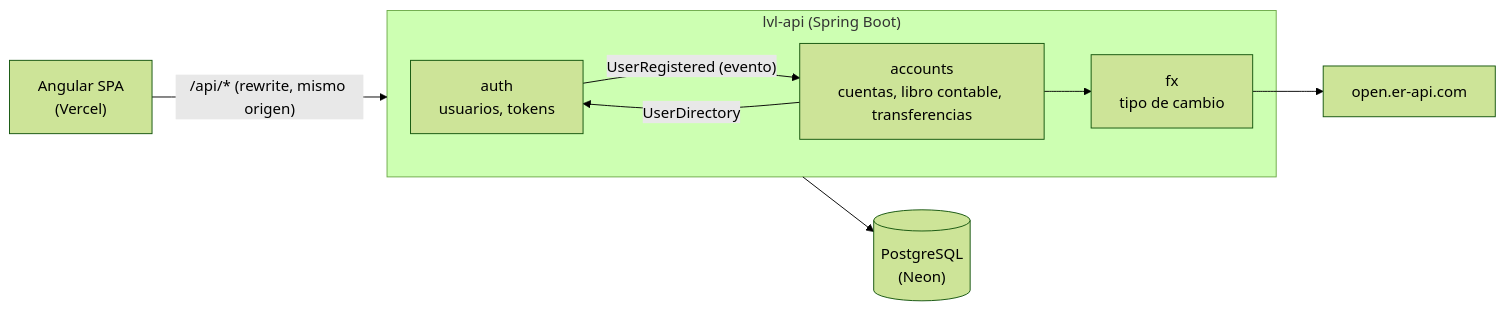
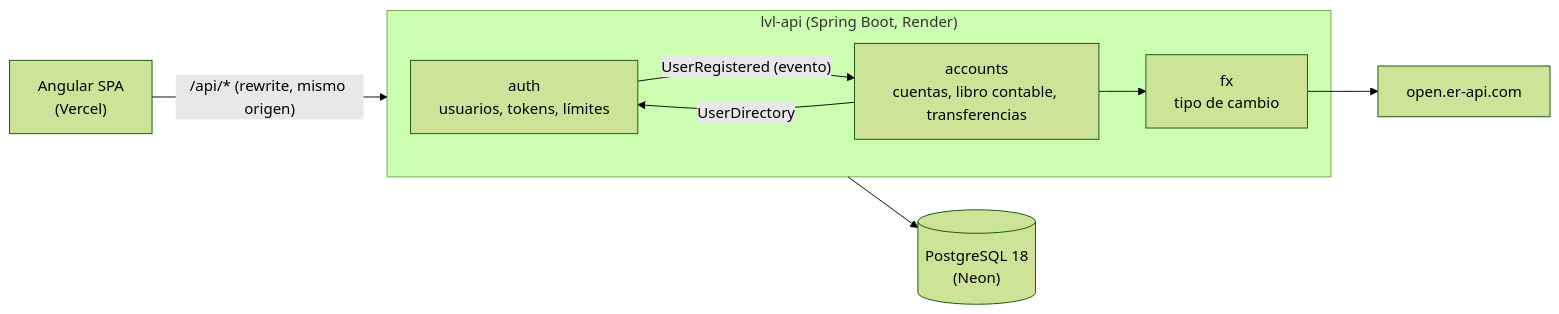
The diagram in README.md (Fufexo/lvl-api), drawn with Mermaid (forest theme) before and after one commit. The commit also changed other lines of this file and 7 other files, not shown here.

````diff
--- a/README.md
+++ b/README.md
@@ -34,14 +71,14 @@
 ```mermaid
 flowchart LR
     SPA["Angular SPA<br/>(Vercel)"] -- "/api/* (rewrite, mismo origen)" --> API
-    subgraph API["lvl-api (Spring Boot)"]
-        auth["auth<br/>usuarios, tokens"]
+    subgraph API["lvl-api (Spring Boot, Render)"]
+        auth["auth<br/>usuarios, tokens, límites"]
         accounts["accounts<br/>cuentas, libro contable, transferencias"]
         fx["fx<br/>tipo de cambio"]
         auth -- "UserRegistered (evento)" --> accounts
         accounts -- "UserDirectory" --> auth
         accounts --> fx
     end
-    API --> DB[("PostgreSQL<br/>(Neon)")]
+    API --> DB[("PostgreSQL 18<br/>(Neon)")]
     fx --> ER["open.er-api.com"]
 ```
````
